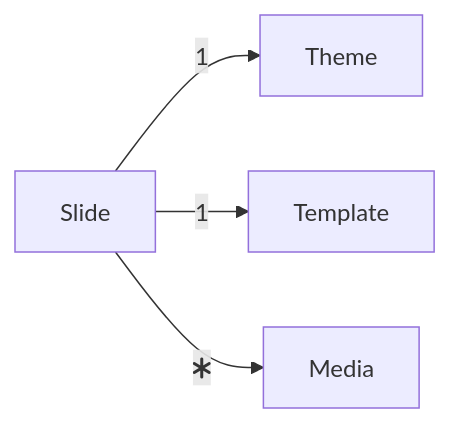
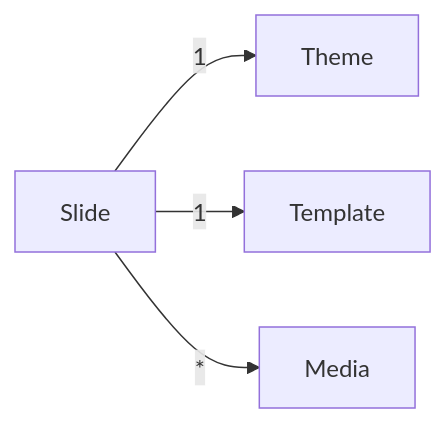
One commit to os2display/display-docs changed the first of 2 diagrams in docs/development/content_structure/content_structure.md. Above: the diagram before and after it, drawn with Mermaid. The commit also changed other lines of this file and 50 other files, not shown here.

````diff
--- a/docs/development/content_structure/content_structure.md
+++ b/docs/development/content_structure/content_structure.md
@@ -23,6 +19,6 @@
 ```mermaid
 flowchart LR
     Slide -->|1| D[Theme]
     Slide -->|1| E[Template]
-    Slide -->|fa:fa-asterisk| F[Media]
+    Slide -->|*| F[Media]
 ```
````
